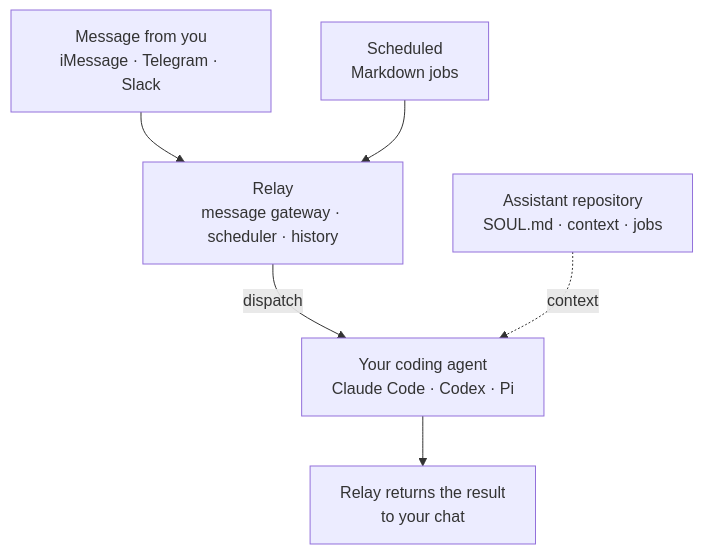
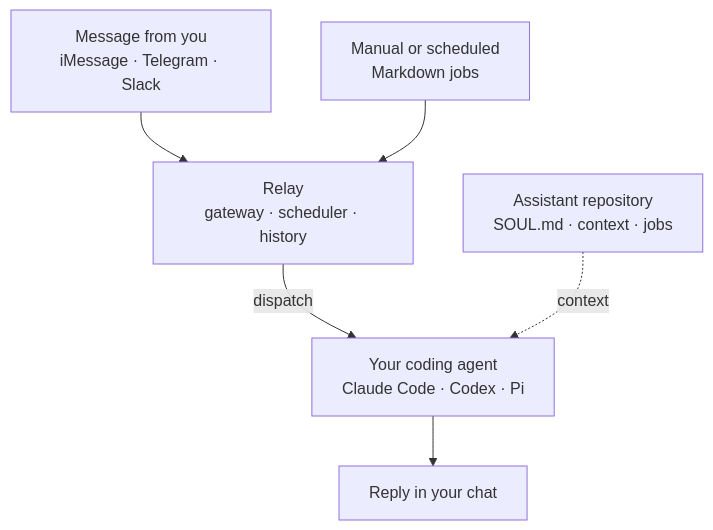
Before and after one commit to edheltzel/Relay: the diagram in README.md, drawn with Mermaid. The commit also changed other lines of this file, not shown here.

````diff
--- a/README.md
+++ b/README.md
@@ -47,15 +271,15 @@
 ```mermaid
 flowchart TD
     Message["Message from you<br/>iMessage · Telegram · Slack"]
-    Jobs["Scheduled<br/>Markdown jobs"]
+    Jobs["Manual or scheduled<br/>Markdown jobs"]
     Repo["Assistant repository<br/>SOUL.md · context · jobs"]
-    Relay["Relay<br/>message gateway · scheduler · history"]
+    Relay["Relay<br/>gateway · scheduler · history"]
     Agent["Your coding agent<br/>Claude Code · Codex · Pi"]
-    Reply["Relay returns the result<br/>to your chat"]
+    Reply["Reply in your chat"]
 
     Message --> Relay
     Jobs --> Relay
     Relay -->|dispatch| Agent
     Repo -. context .-> Agent
     Agent --> Reply
 ```
````
